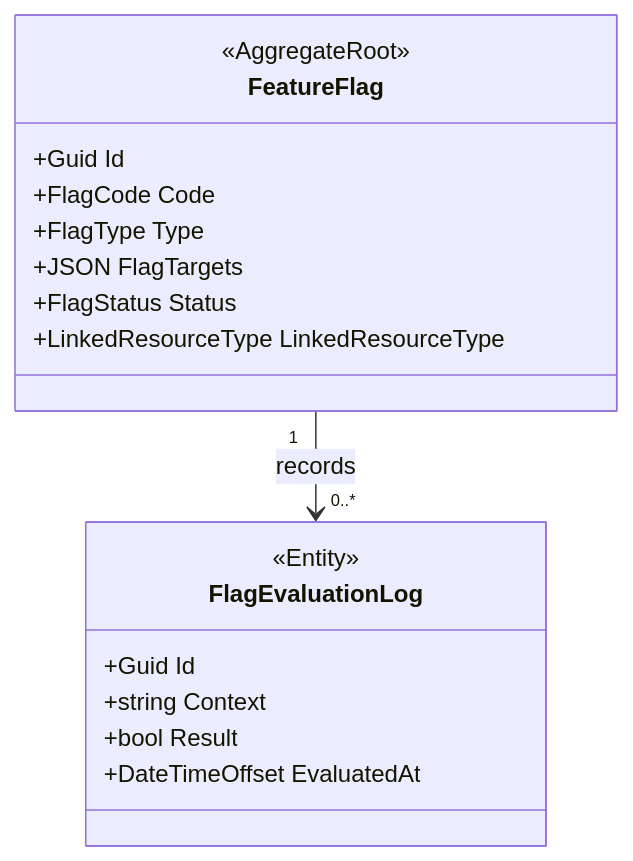
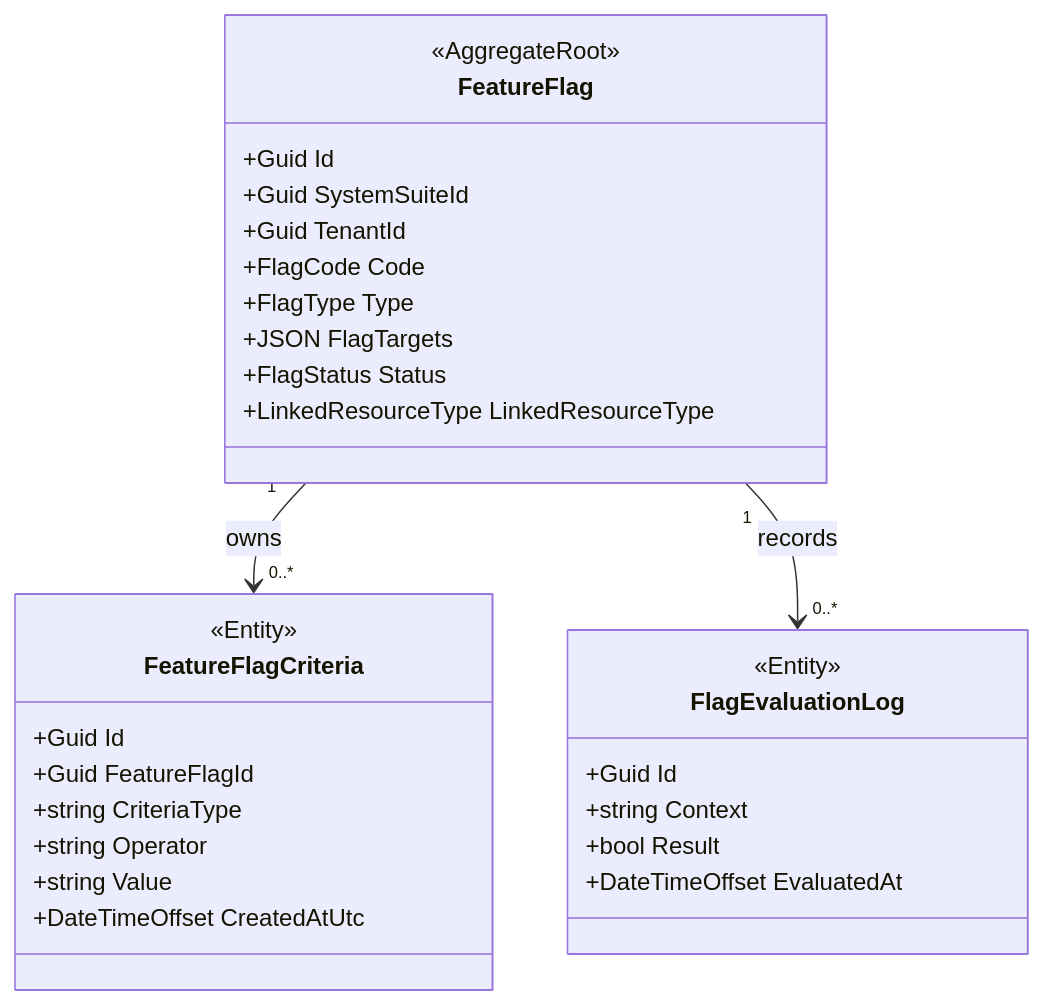
One commit to beyondnetcode/ums changed the fifth of 6 diagrams in docs/governance/construction/ddd-design/05-configuration-context.md. Above: the diagram before and after it, drawn with Mermaid. The commit also changed other lines of this file and 10 other files, not shown here.

````diff
--- a/docs/governance/construction/ddd-design/05-configuration-context.md
+++ b/docs/governance/construction/ddd-design/05-configuration-context.md
@@ -193,21 +200,33 @@
 ```mermaid
 classDiagram
     direction TB
     class FeatureFlag {
         <<AggregateRoot>>
         +Guid Id
+        +Guid SystemSuiteId
+        +Guid TenantId
         +FlagCode Code
         +FlagType Type
         +JSON FlagTargets
         +FlagStatus Status
         +LinkedResourceType LinkedResourceType
+    }
+    class FeatureFlagCriteria {
+        <<Entity>>
+        +Guid Id
+        +Guid FeatureFlagId
+        +string CriteriaType
+        +string Operator
+        +string Value
+        +DateTimeOffset CreatedAtUtc
     }
     class FlagEvaluationLog {
         <<Entity>>
         +Guid Id
         +string Context
         +bool Result
         +DateTimeOffset EvaluatedAt
     }
+    FeatureFlag "1" --> "0..*" FeatureFlagCriteria : owns
     FeatureFlag "1" --> "0..*" FlagEvaluationLog : records
 ```
````
